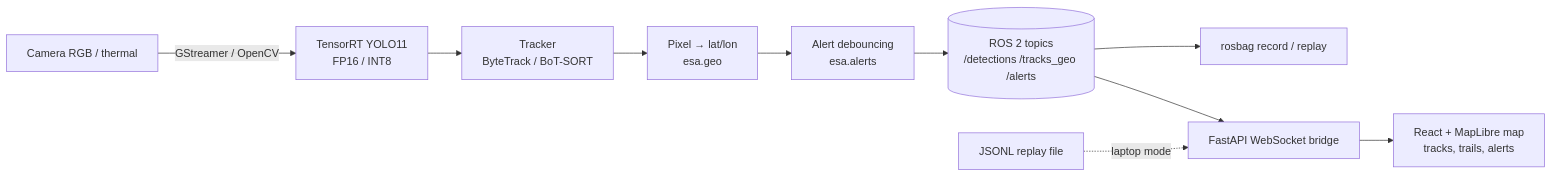
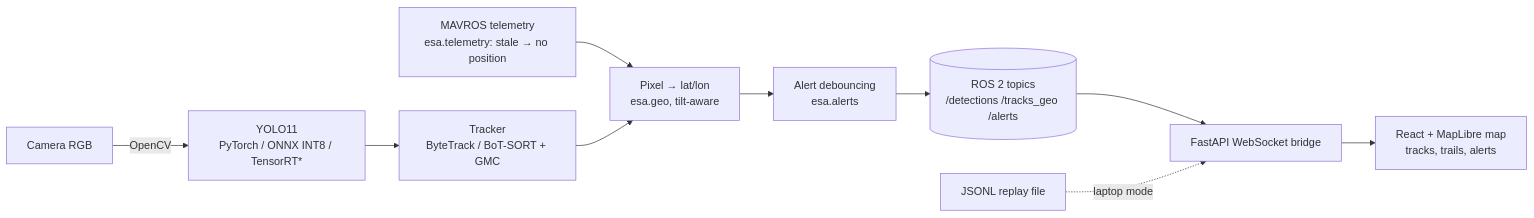
The diagram in docs/architecture.md (mustafarkhan/edge-situational-awareness), drawn with Mermaid before and after one commit. The commit also changed other lines of this file and 45 other files, not shown here.

````diff
--- a/docs/architecture.md
+++ b/docs/architecture.md
@@ -3,12 +3,12 @@
 ```mermaid
 flowchart LR
-    CAM[Camera RGB / thermal] -->|GStreamer / OpenCV| TRT[TensorRT YOLO11<br/>FP16 / INT8]
-    TRT --> TRK[Tracker<br/>ByteTrack / BoT-SORT]
-    TRK --> GEO[Pixel → lat/lon<br/>esa.geo]
+    CAM[Camera RGB] -->|OpenCV| TRT[YOLO11<br/>PyTorch / ONNX INT8 / TensorRT*]
+    TRT --> TRK[Tracker<br/>ByteTrack / BoT-SORT + GMC]
+    TEL[MAVROS telemetry<br/>esa.telemetry: stale → no position] --> GEO
+    TRK --> GEO[Pixel → lat/lon<br/>esa.geo, tilt-aware]
     GEO --> ALR[Alert debouncing<br/>esa.alerts]
     ALR --> ROS[(ROS 2 topics<br/>/detections /tracks_geo /alerts)]
-    ROS --> BAG[rosbag record / replay]
     ROS --> WS[FastAPI WebSocket bridge]
     JSONL[JSONL replay file] -.laptop mode.-> WS
     WS --> MAP[React + MapLibre map<br/>tracks, trails, alerts]
 ```
````
